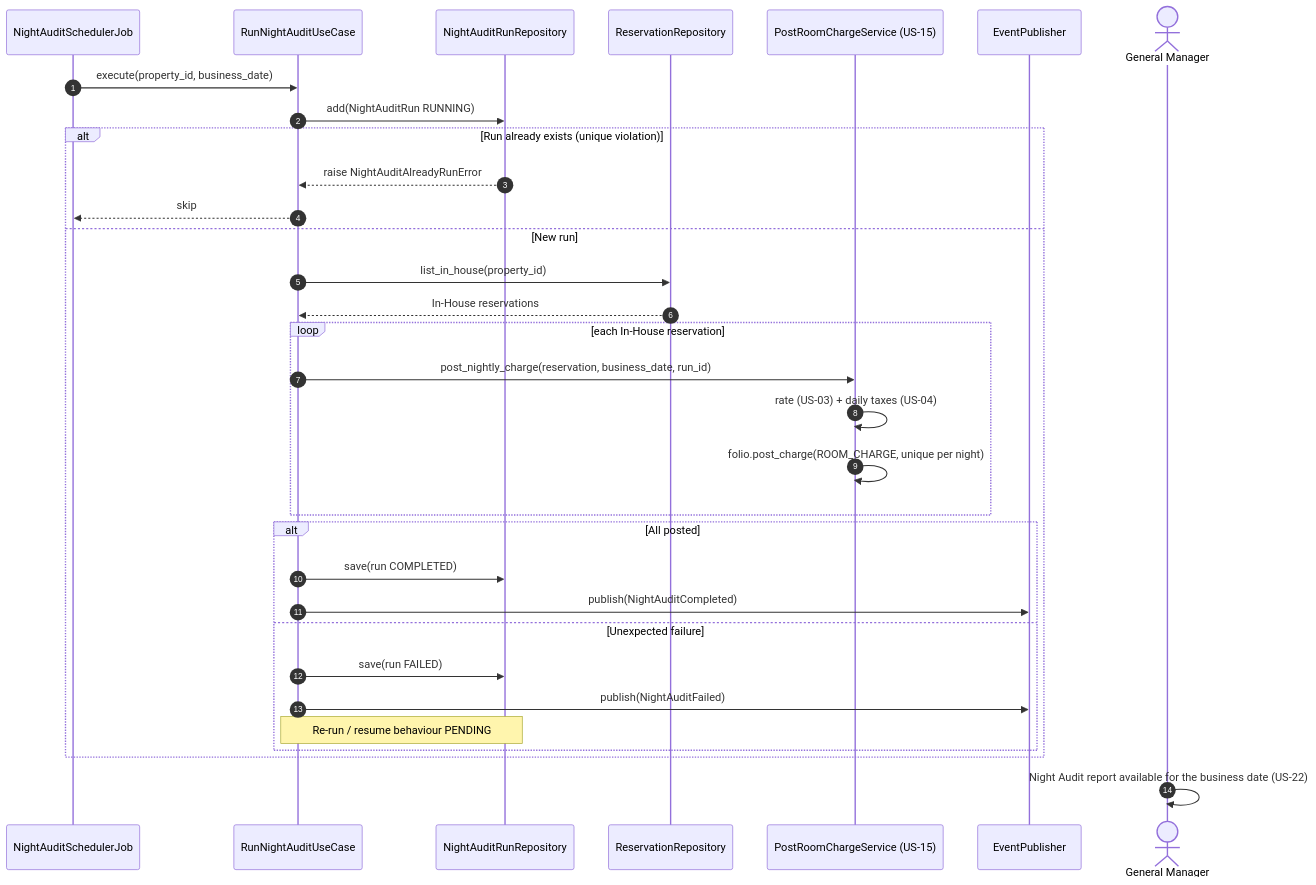
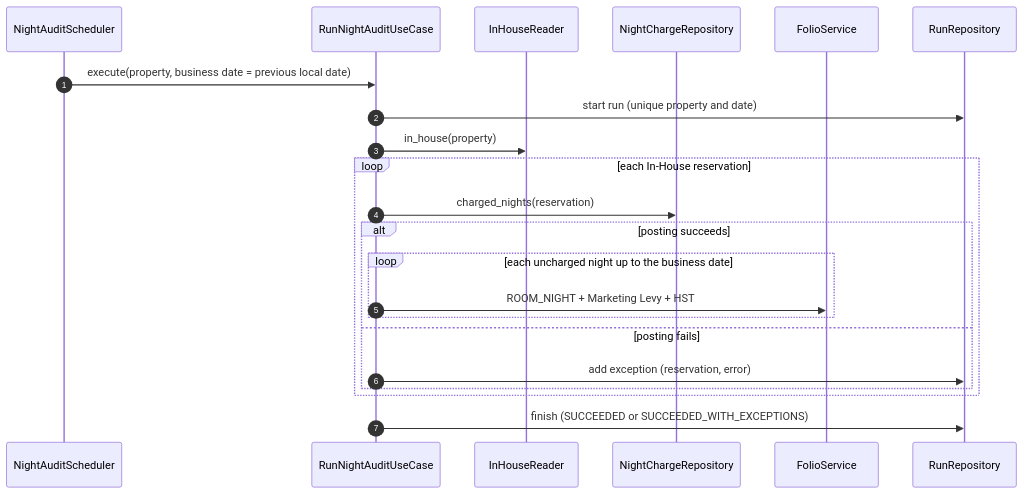
One commit to BraceroInSabot/Motel-Starmie changed the third of 4 diagrams in docs/Initial Requirements/Diagrams/US-14 - Night Audit (End of Day).md. Above: the diagram before and after it, drawn with Mermaid. The commit also changed other lines of this file and 51 other files, not shown here.

````diff
--- a/docs/Initial Requirements/Diagrams/US-14 - Night Audit (End of Day).md
+++ b/docs/Initial Requirements/Diagrams/US-14 - Night Audit (End of Day).md
@@ -227,35 +190,25 @@
 ```mermaid
 sequenceDiagram
     autonumber
-    participant Job as NightAuditSchedulerJob
+    participant Cron as NightAuditScheduler
     participant UC as RunNightAuditUseCase
-    participant Runs as NightAuditRunRepository
-    participant Res as ReservationRepository
-    participant Post as PostRoomChargeService (US-15)
-    participant Bus as EventPublisher
-    actor GM as General Manager
+    participant Reader as InHouseReader
+    participant Charges as NightChargeRepository
+    participant Folio as FolioService
+    participant Runs as RunRepository
 
-    Job->>UC: execute(property_id, business_date)
-    UC->>Runs: add(NightAuditRun RUNNING)
-    alt Run already exists (unique violation)
-        Runs-->>UC: raise NightAuditAlreadyRunError
-        UC-->>Job: skip
-    else New run
-        UC->>Res: list_in_house(property_id)
-        Res-->>UC: In-House reservations
-        loop each In-House reservation
-            UC->>Post: post_nightly_charge(reservation, business_date, run_id)
-            Post->>Post: rate (US-03) + daily taxes (US-04)
-            Post->>Post: folio.post_charge(ROOM_CHARGE, unique per night)
-        end
-        alt All posted
-            UC->>Runs: save(run COMPLETED)
-            UC->>Bus: publish(NightAuditCompleted)
-        else Unexpected failure
-            UC->>Runs: save(run FAILED)
-            UC->>Bus: publish(NightAuditFailed)
-            Note over UC,Runs: Re-run / resume behaviour PENDING
+    Cron->>UC: execute(property, business date = previous local date)
+    UC->>Runs: start run (unique property and date)
+    UC->>Reader: in_house(property)
+    loop each In-House reservation
+        UC->>Charges: charged_nights(reservation)
+        alt posting succeeds
+            loop each uncharged night up to the business date
+                UC->>Folio: ROOM_NIGHT + Marketing Levy + HST
+            end
+        else posting fails
+            UC->>Runs: add exception (reservation, error)
         end
     end
-    GM->>GM: Night Audit report available for the business date (US-22)
+    UC->>Runs: finish (SUCCEEDED or SUCCEEDED_WITH_EXCEPTIONS)
 ```
````
